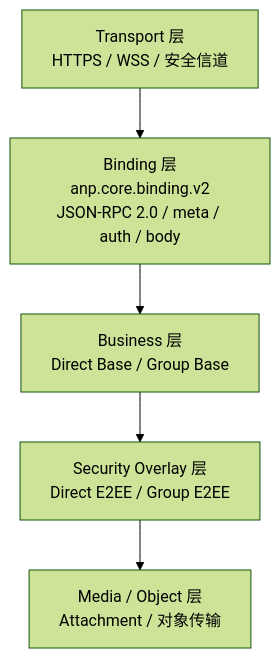
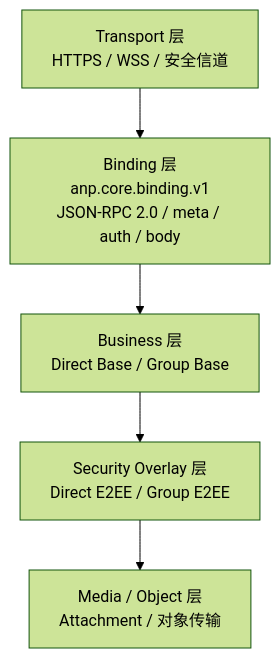
The first of 4 diagrams in chinese/message/vnext/01-核心绑定.md (NeatNerdPrime/AgentNetworkProtocol), drawn with Mermaid (forest theme) before and after one commit. The commit also changed other lines of this file and 27 other files, not shown here.

````diff
--- a/chinese/message/vnext/01-核心绑定.md
+++ b/chinese/message/vnext/01-核心绑定.md
@@ -70,10 +70,10 @@
 ```mermaid
 flowchart TB
 T[Transport 层<br/>HTTPS / WSS / 安全信道]
-B[Binding 层<br/>anp.core.binding.v2<br/>JSON-RPC 2.0 / meta / auth / body]
+B[Binding 层<br/>anp.core.binding.v1<br/>JSON-RPC 2.0 / meta / auth / body]
 D[Business 层<br/>Direct Base / Group Base]
 S[Security Overlay 层<br/>Direct E2EE / Group E2EE]
 M[Media / Object 层<br/>Attachment / 对象传输]
 
 T --> B --> D --> S --> M
 ```
````
